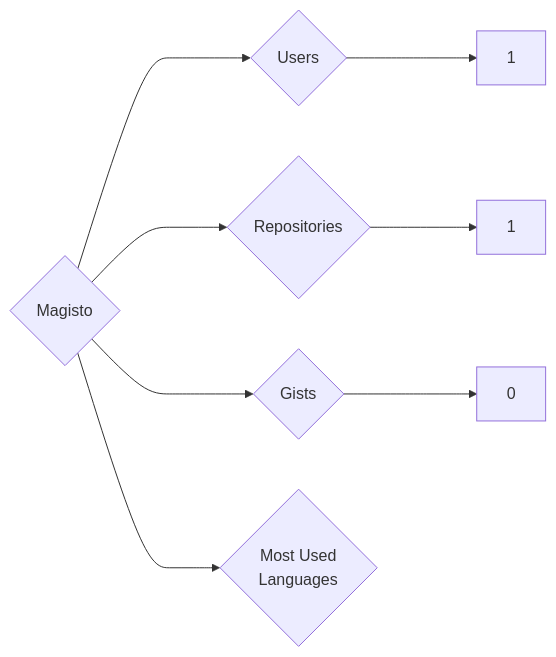
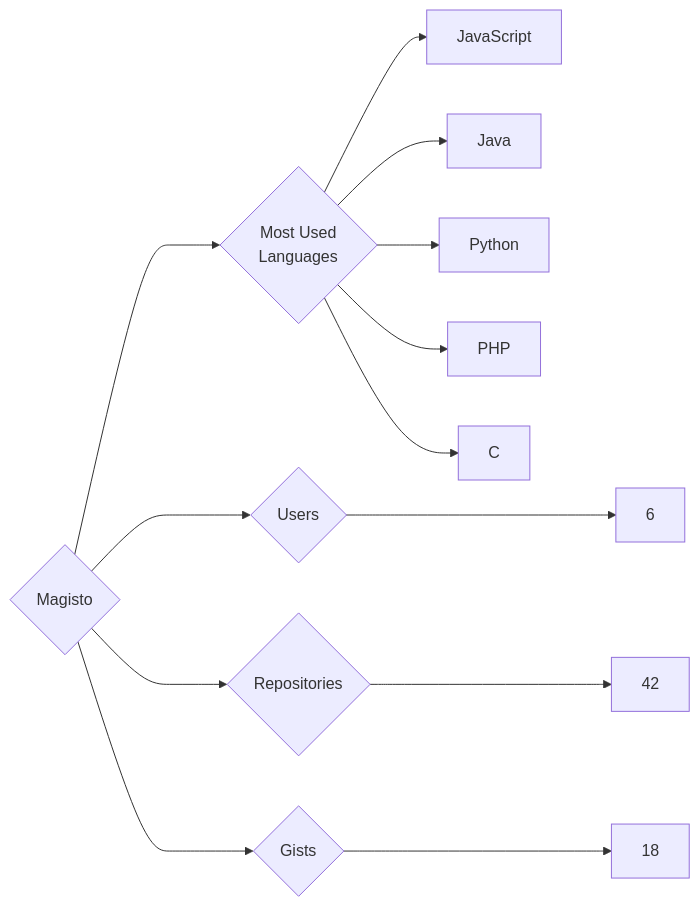
The diagram in targets/Magisto/README.md (trickest/insiders), drawn with Mermaid before and after one commit. The commit also changed 1696 other files, not shown here.

````diff
--- a/targets/Magisto/README.md
+++ b/targets/Magisto/README.md
@@ -3,8 +3,13 @@
 ```mermaid
 graph LR
 COMPANY_NAME{Magisto}
-COMPANY_NAME ---> U{Users} ---> UN[1]
-COMPANY_NAME ---> R{Repositories} ---> RN[1]
-COMPANY_NAME ---> G{Gists} ---> GN[0]
+COMPANY_NAME ---> U{Users} ---> UN[6]
+COMPANY_NAME ---> R{Repositories} ---> RN[42]
+COMPANY_NAME ---> G{Gists} ---> GN[18]
 COMPANY_NAME ---> ML{Most Used<br>Languages}
+ML --> JavaScript[JavaScript]
+ML --> Java[Java]
+ML --> Python[Python]
+ML --> PHP[PHP]
+ML --> C[C]
 ```
````
